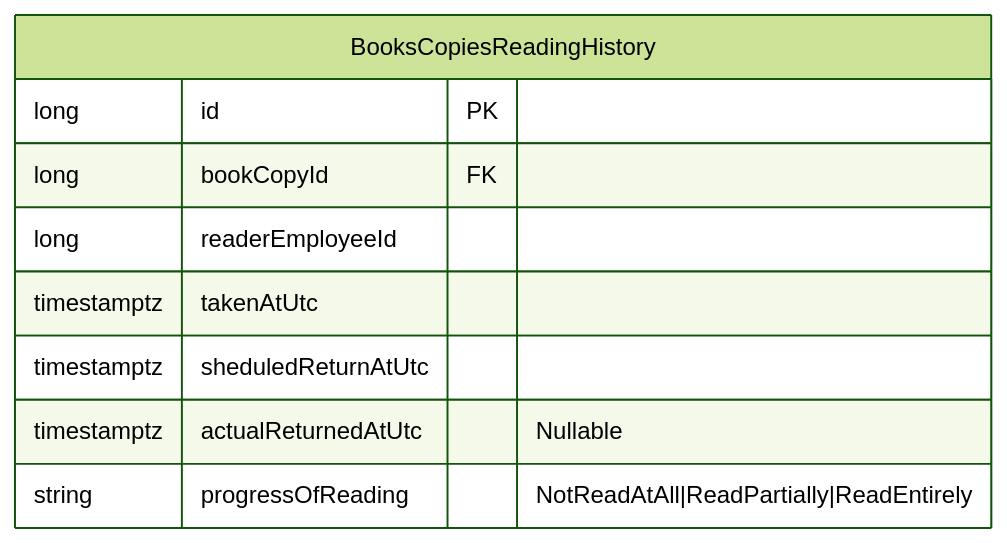
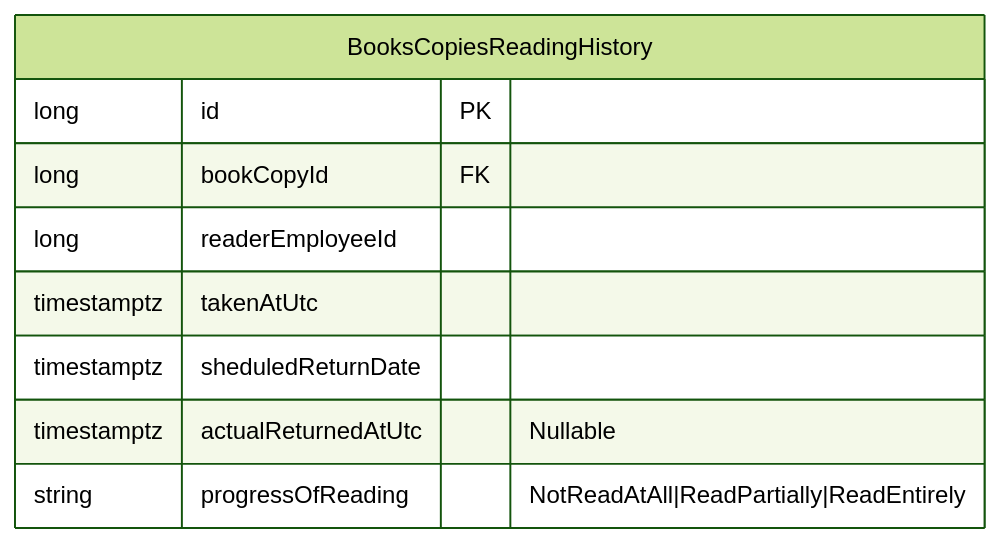
Before and after one commit to TourmalineCore/inner-circle-documentation: the fifth of 5 diagrams in books-api/Book Copies ADR.md, drawn with Mermaid (forest theme). The commit also changed other lines of this file and 1 other file, not shown here.

Commit message:
chore: fix contract

````diff
--- a/books-api/Book Copies ADR.md
+++ b/books-api/Book Copies ADR.md
@@ -157,12 +157,12 @@
 ```mermaid
 erDiagram
     BooksCopiesReadingHistory {
         long id PK
         long bookCopyId FK
         long readerEmployeeId
         timestamptz takenAtUtc
-        timestamptz sheduledReturnAtUtc
+        timestamptz sheduledReturnDate
         timestamptz actualReturnedAtUtc "Nullable"
         string progressOfReading "NotReadAtAll|ReadPartially|ReadEntirely"
     }
 ```
````
